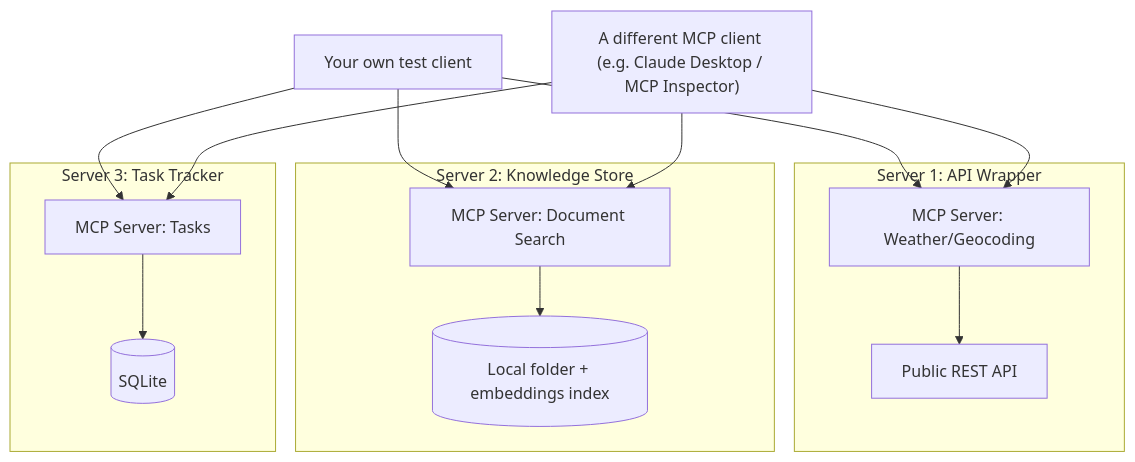
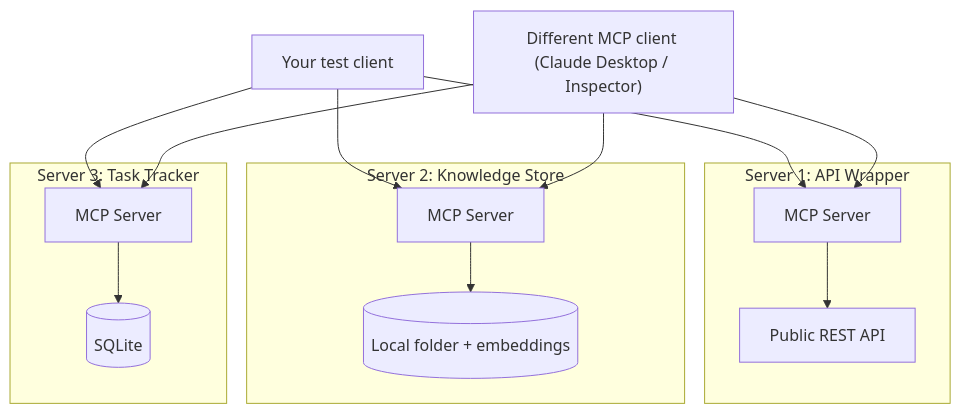
The diagram in projects/09-mcp-server-trilogy/PLAN.md (shrey1409/Multiple-AI-Agents-Projects), drawn with Mermaid before and after one commit. The commit also changed other lines of this file and 11 other files, not shown here.

````diff
--- a/projects/09-mcp-server-trilogy/PLAN.md
+++ b/projects/09-mcp-server-trilogy/PLAN.md
@@ -19,18 +19,14 @@
 ```mermaid
 flowchart TD
-    subgraph "Server 1: API Wrapper"
-        S1[MCP Server: Weather/Geocoding] --> API[Public REST API]
+    subgraph S1["Server 1: API Wrapper"]
+        A1[MCP Server] --> API[Public REST API]
     end
-    subgraph "Server 2: Knowledge Store"
-        S2[MCP Server: Document Search] --> DOCS[(Local folder + embeddings index)]
+    subgraph S2["Server 2: Knowledge Store"]
+        A2[MCP Server] --> DOCS[(Local folder + embeddings)]
     end
-    subgraph "Server 3: Task Tracker"
-        S3[MCP Server: Tasks] --> DB[(SQLite)]
+    subgraph S3["Server 3: Task Tracker"]
+        A3[MCP Server] --> DB[(SQLite)]
     end
-    CLIENT1[Your own test client] --> S1
-    CLIENT1 --> S2
-    CLIENT1 --> S3
-    CLIENT2["A different MCP client (e.g. Claude Desktop / MCP Inspector)"] --> S1
-    CLIENT2 --> S2
-    CLIENT2 --> S3
+    C1[Your test client] --> A1 & A2 & A3
+    C2["Different MCP client (Claude Desktop / Inspector)"] --> A1 & A2 & A3
 ```
````
